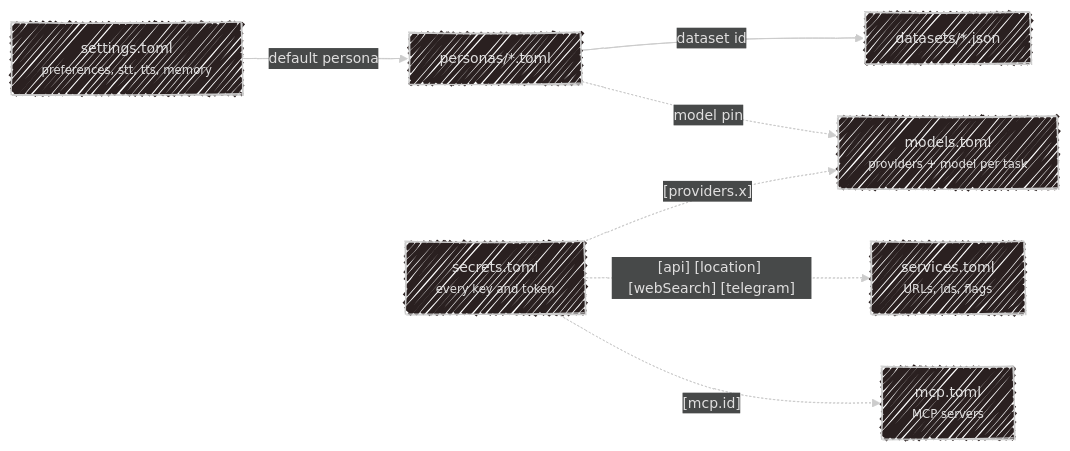
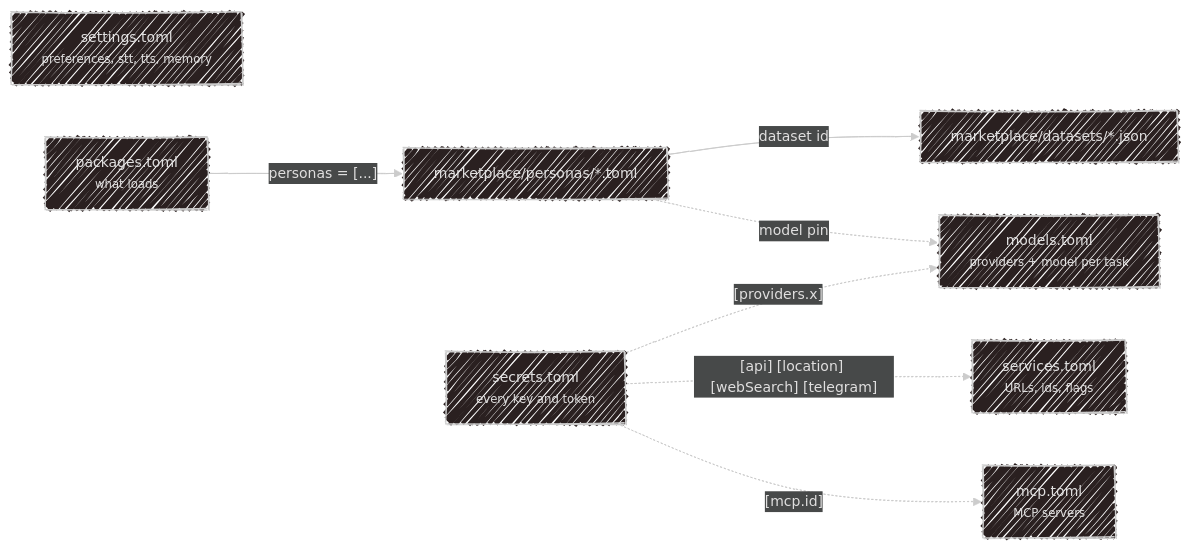
The diagram in docs/configuration.md (SubZtep/kaja), drawn with Mermaid before and after one commit. The commit also changed other lines of this file and 272 other files, not shown here.

````diff
--- a/docs/configuration.md
+++ b/docs/configuration.md
@@ -43,22 +44,23 @@
 ```mermaid
 ---
 config:
   look: handDrawn
   theme: neo-dark
 ---
 flowchart LR
     S["settings.toml<br><small>preferences, stt, tts, memory</small>"]
     M["models.toml<br><small>providers + model per task</small>"]
     V["services.toml<br><small>URLs, ids, flags</small>"]
     C["mcp.toml<br><small>MCP servers</small>"]
-    P["personas/*.toml"]
-    D["datasets/*.json"]
+    P["marketplace/personas/*.toml"]
+    G["packages.toml<br><small>what loads</small>"]
+    D["marketplace/datasets/*.json"]
     K["secrets.toml<br><small>every key and token</small>"]
 
     K -.->|"[providers.x]"| M
     K -.->|"[api] [location] [webSearch] [telegram]"| V
     K -.->|"[mcp.id]"| C
     P -->|"dataset id"| D
     P -.->|"model pin"| M
-    S -->|"default persona"| P
+    G -->|"personas = [...]"| P
 ```
````
